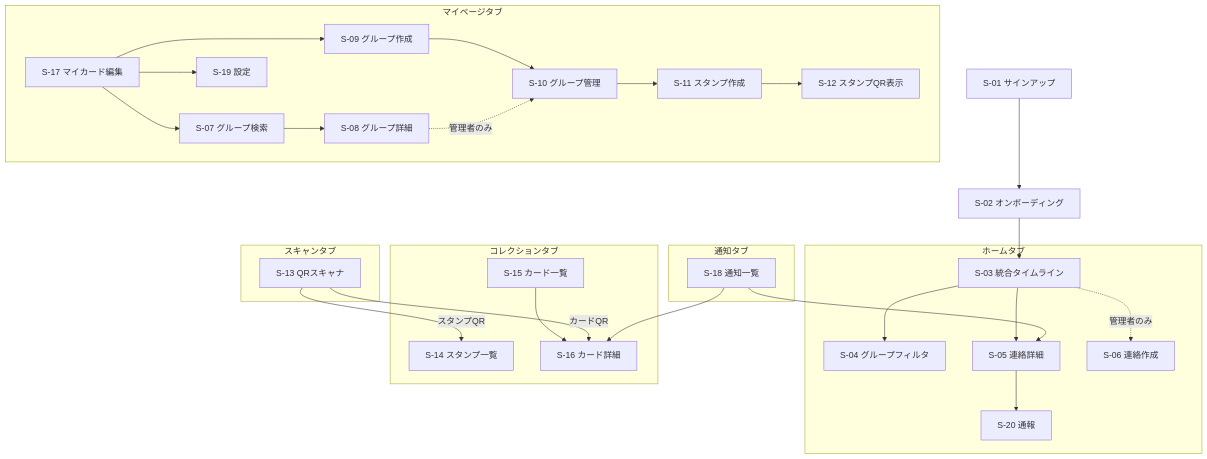
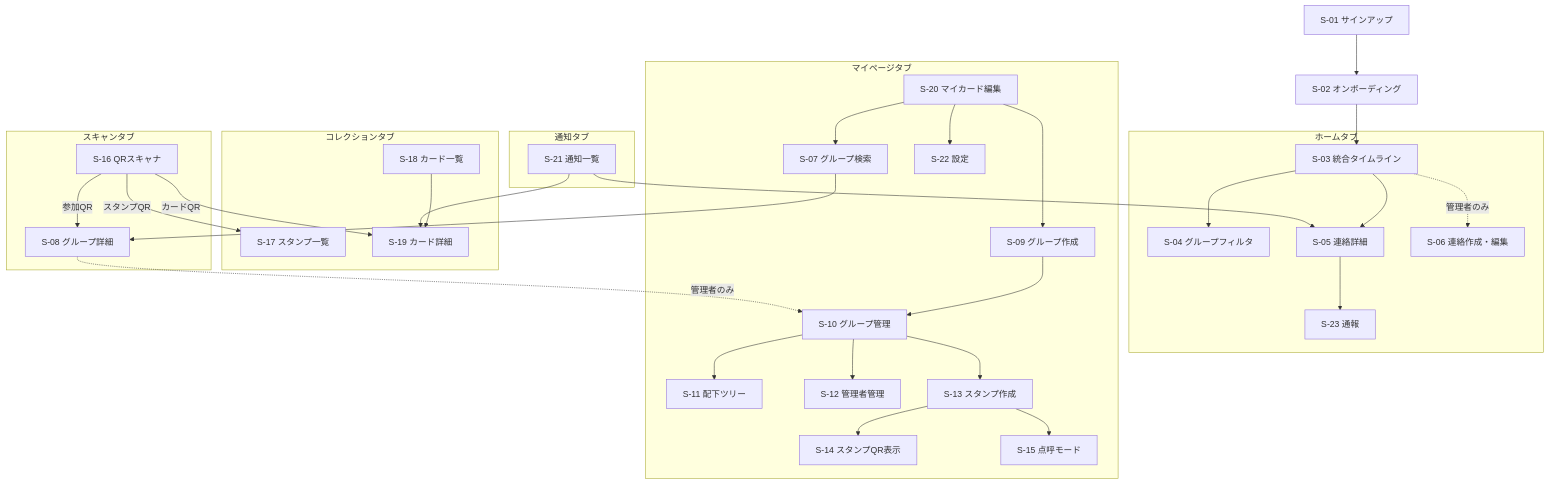
Before and after one commit to GitHatake/RoveringNow: the tenth of 11 diagrams in docs/10_source/01_basic_design.md, drawn with Mermaid. The commit also changed other lines of this file and 2 other files, not shown here.

````diff
--- a/docs/10_source/01_basic_design.md
+++ b/docs/10_source/01_basic_design.md
@@ -976,40 +1204,44 @@
 ```mermaid
 flowchart TD
     S01[S-01 サインアップ] --> S02[S-02 オンボーディング]
     S02 --> S03
 
     subgraph TAB1[ホームタブ]
         S03[S-03 統合タイムライン] --> S04[S-04 グループフィルタ]
         S03 --> S05[S-05 連絡詳細]
-        S03 -.管理者のみ.-> S06[S-06 連絡作成]
-        S05 --> S20[S-20 通報]
+        S03 -.管理者のみ.-> S06[S-06 連絡作成・編集]
+        S05 --> S23[S-23 通報]
     end
 
     subgraph TAB2[コレクションタブ]
-        S14[S-14 スタンプ一覧]
-        S15[S-15 カード一覧] --> S16[S-16 カード詳細]
+        S17[S-17 スタンプ一覧]
+        S18[S-18 カード一覧] --> S19[S-19 カード詳細]
     end
 
     subgraph TAB3[スキャンタブ]
-        S13[S-13 QRスキャナ]
-        S13 -->|スタンプQR| S14
-        S13 -->|カードQR| S16
+        S16[S-16 QRスキャナ]
+        S16 -->|スタンプQR| S17
+        S16 -->|カードQR| S19
+        S16 -->|参加QR| S08
     end
 
     subgraph TAB4[通知タブ]
-        S18[S-18 通知一覧] --> S05
-        S18 --> S16
+        S21[S-21 通知一覧] --> S05
+        S21 --> S19
     end
 
     subgraph TAB5[マイページタブ]
-        S17[S-17 マイカード編集]
-        S17 --> S07[S-07 グループ検索]
+        S20[S-20 マイカード編集]
+        S20 --> S07[S-07 グループ検索]
         S07 --> S08[S-08 グループ詳細]
-        S17 --> S09[S-09 グループ作成]
+        S20 --> S09[S-09 グループ作成]
         S09 --> S10
         S08 -.管理者のみ.-> S10[S-10 グループ管理]
-        S10 --> S11[S-11 スタンプ作成]
-        S11 --> S12[S-12 スタンプQR表示]
-        S17 --> S19[S-19 設定]
+        S10 --> S11[S-11 配下ツリー]
+        S10 --> S12[S-12 管理者管理]
+        S10 --> S13[S-13 スタンプ作成]
+        S13 --> S14[S-14 スタンプQR表示]
+        S13 --> S15[S-15 点呼モード]
+        S20 --> S22[S-22 設定]
     end
 ```
````
